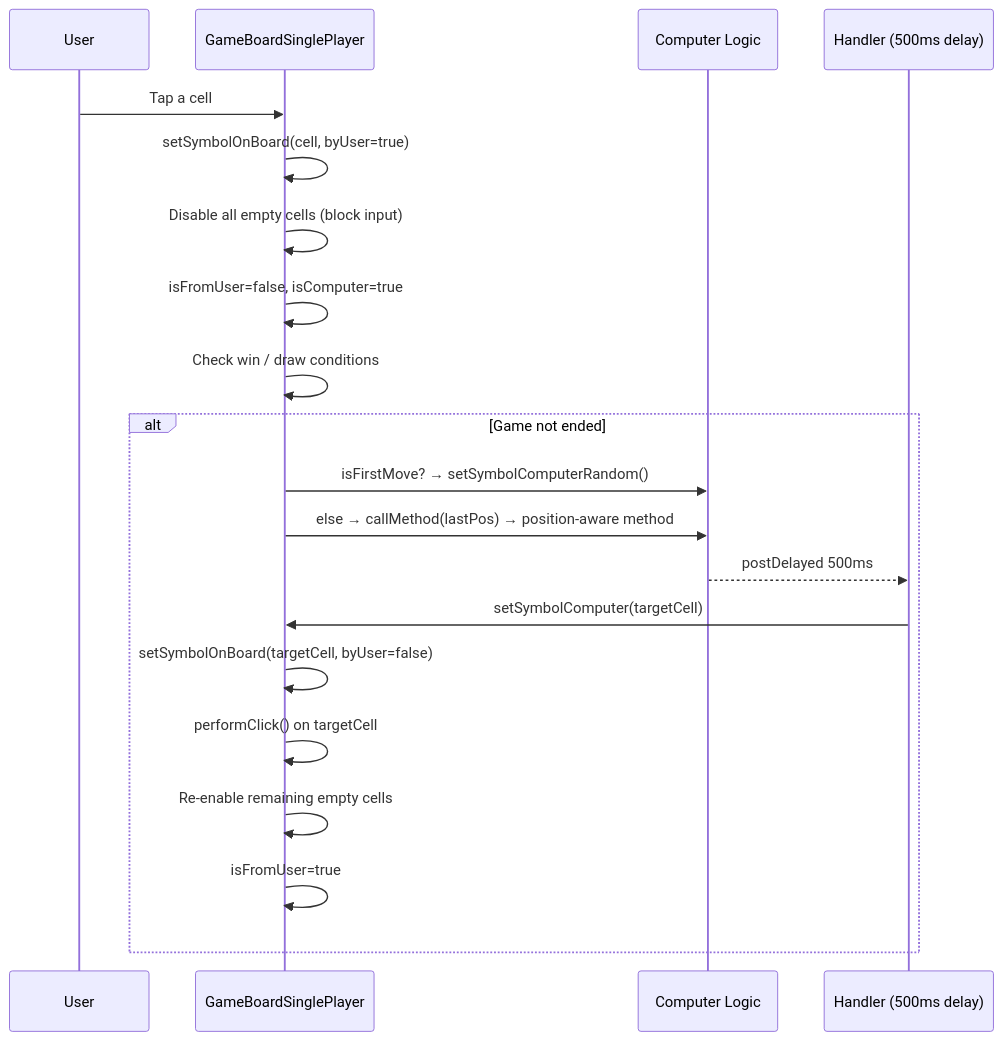
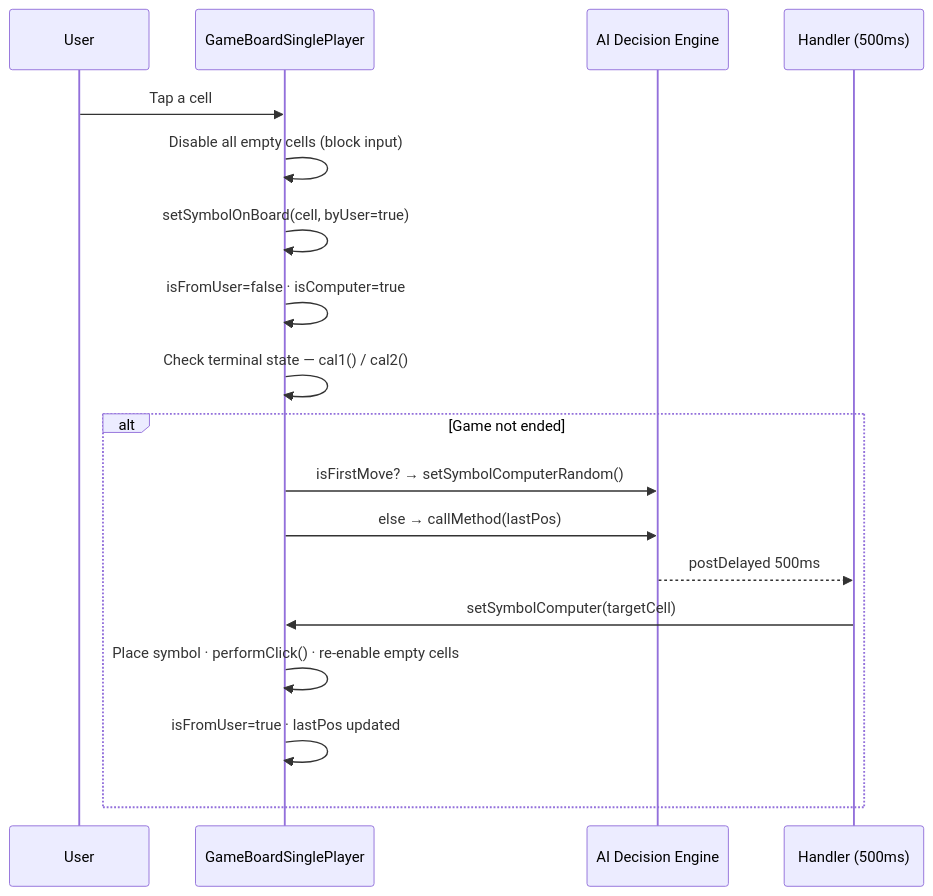
Before and after one commit to kumarpiyushraj/Tic-Tac-Toe: the second of 4 diagrams in README.md, drawn with Mermaid. The commit also changed other lines of this file, not shown here.

````diff
--- a/README.md
+++ b/README.md
@@ -272,24 +263,22 @@
 ```mermaid
 sequenceDiagram
     participant User
     participant Board as GameBoardSinglePlayer
-    participant AI as Computer Logic
-    participant Handler as Handler (500ms delay)
+    participant AI as AI Decision Engine
+    participant Handler as Handler (500ms)
 
     User->>Board: Tap a cell
+    Board->>Board: Disable all empty cells (block input)
     Board->>Board: setSymbolOnBoard(cell, byUser=true)
-    Board->>Board: Disable all empty cells (block input)
-    Board->>Board: isFromUser=false, isComputer=true
-    Board->>Board: Check win / draw conditions
+    Board->>Board: isFromUser=false · isComputer=true
+    Board->>Board: Check terminal state — cal1() / cal2()
 
     alt Game not ended
         Board->>AI: isFirstMove? → setSymbolComputerRandom()
-        Board->>AI: else → callMethod(lastPos) → position-aware method
+        Board->>AI: else → callMethod(lastPos)
         AI-->>Handler: postDelayed 500ms
         Handler->>Board: setSymbolComputer(targetCell)
-        Board->>Board: setSymbolOnBoard(targetCell, byUser=false)
-        Board->>Board: performClick() on targetCell
-        Board->>Board: Re-enable remaining empty cells
-        Board->>Board: isFromUser=true
+        Board->>Board: Place symbol · performClick() · re-enable empty cells
+        Board->>Board: isFromUser=true · lastPos updated
     end
 ```
````
